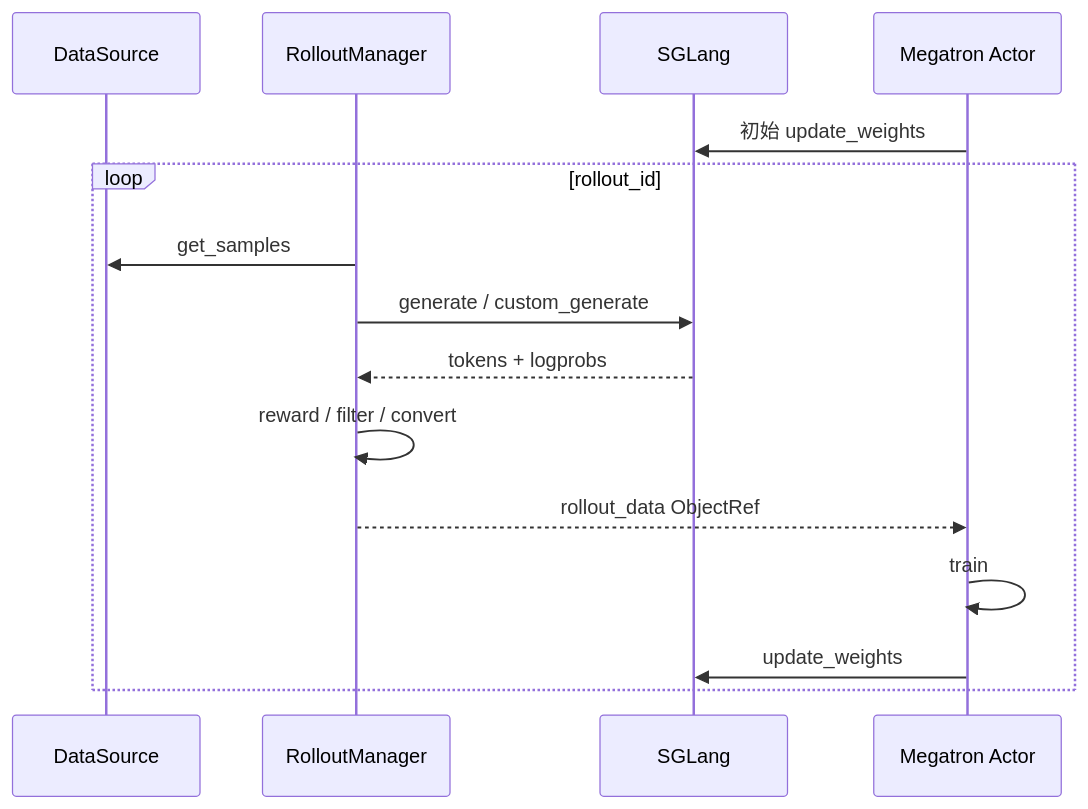
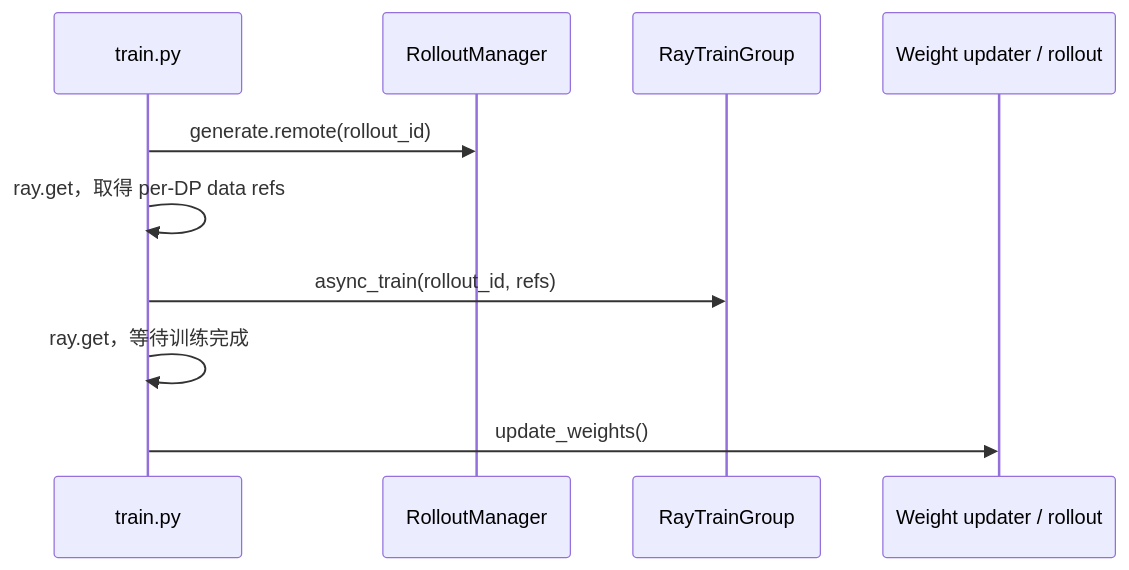
One commit to OnlyHero5/sglang-reading-vault changed the first of 5 diagrams in slime_reading/阅读方法/Slime-阅读方法-数据流.md. Above: the diagram before and after it, drawn with Mermaid. The commit also changed other lines of this file and 512 other files, not shown here.

````diff
--- a/slime_reading/阅读方法/Slime-阅读方法-数据流.md
+++ b/slime_reading/阅读方法/Slime-阅读方法-数据流.md
@@ -24,18 +22,13 @@
 ```mermaid
 sequenceDiagram
-    participant DS as DataSource
+    participant Main as train.py
     participant RM as RolloutManager
-    participant SGL as SGLang
-    participant ACT as Megatron Actor
+    participant TG as RayTrainGroup
+    participant UP as Weight updater / rollout
 
-    ACT->>SGL: 初始 update_weights
-    loop rollout_id
-        RM->>DS: get_samples
-        RM->>SGL: generate / custom_generate
-        SGL-->>RM: tokens + logprobs
-        RM->>RM: reward / filter / convert
-        RM-->>ACT: rollout_data ObjectRef
-        ACT->>ACT: train
-        ACT->>SGL: update_weights
-    end
+    Main->>RM: generate.remote(rollout_id)
+    Main->>Main: ray.get，取得 per-DP data refs
+    Main->>TG: async_train(rollout_id, refs)
+    Main->>Main: ray.get，等待训练完成
+    Main->>UP: update_weights()
 ```
````
